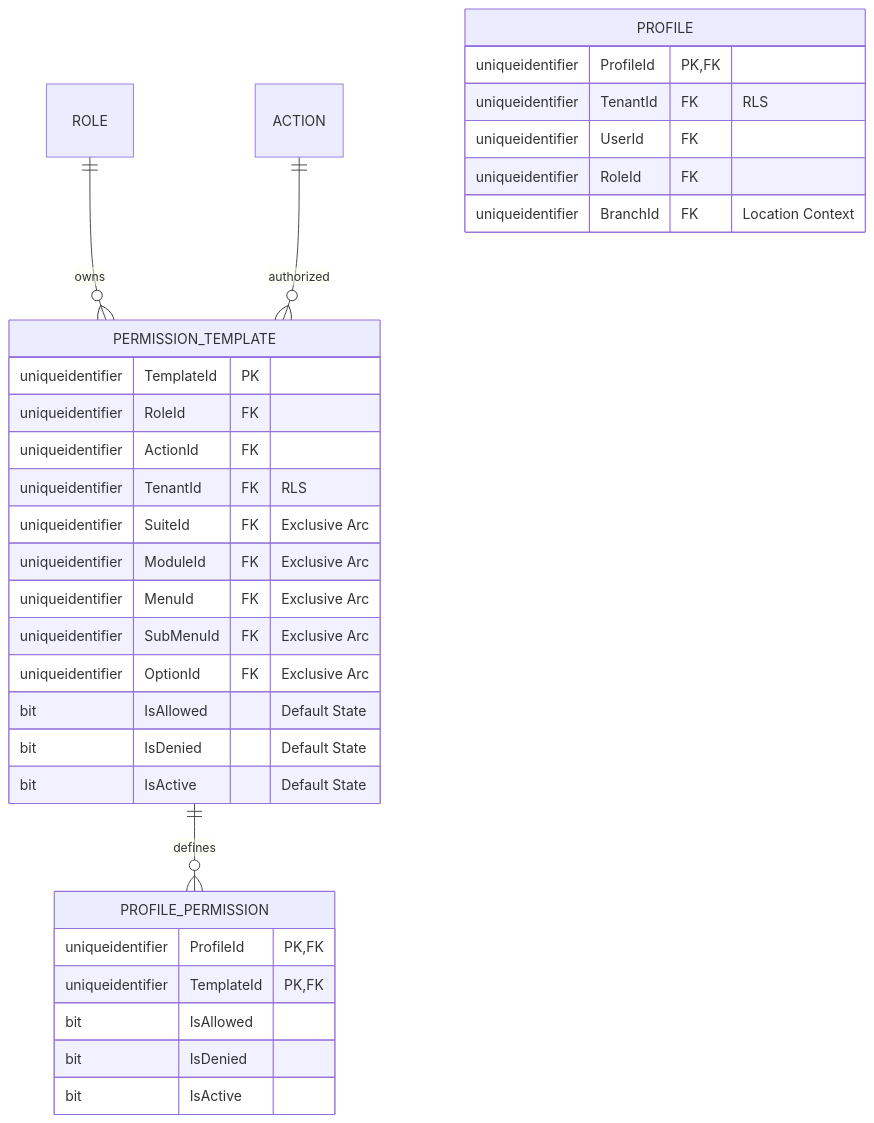
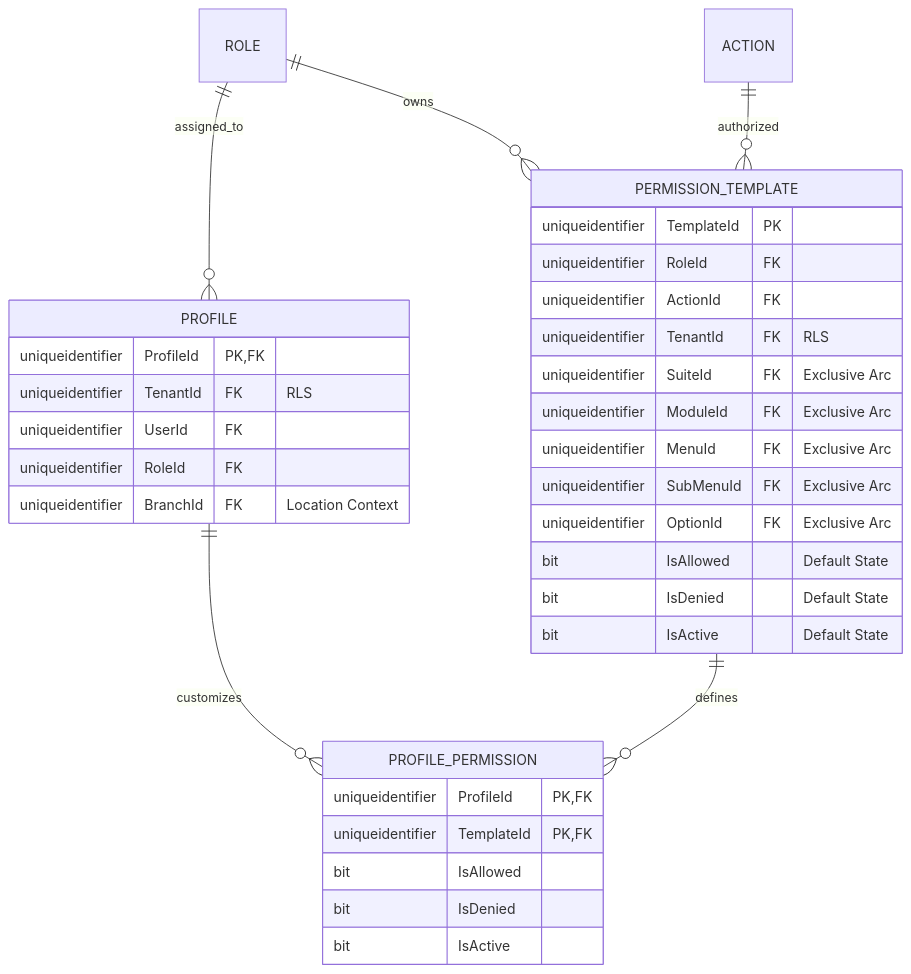
The second of 4 diagrams in docs/architecture/blueprints/database-design-er.md (beyondnetcode/ums), drawn with Mermaid before and after one commit. The commit also changed other lines of this file and 1 other file, not shown here.

Commit message:
docs: restore missing PROFILE relationships in English and Spanish E/R diagrams

````diff
--- a/docs/architecture/blueprints/database-design-er.md
+++ b/docs/architecture/blueprints/database-design-er.md
@@ -68,37 +71,39 @@
 ```mermaid
 erDiagram
     ROLE ||--o{ PERMISSION_TEMPLATE : "owns"
+    ROLE ||--o{ PROFILE : "assigned_to"
+    PROFILE ||--o{ PROFILE_PERMISSION : "customizes"
     PERMISSION_TEMPLATE ||--o{ PROFILE_PERMISSION : "defines"
     ACTION ||--o{ PERMISSION_TEMPLATE : "authorized"
     
     PERMISSION_TEMPLATE {
         uniqueidentifier TemplateId PK
         uniqueidentifier RoleId FK
         uniqueidentifier ActionId FK
         uniqueidentifier TenantId FK "RLS"
         uniqueidentifier SuiteId FK "Exclusive Arc"
         uniqueidentifier ModuleId FK "Exclusive Arc"
         uniqueidentifier MenuId FK "Exclusive Arc"
         uniqueidentifier SubMenuId FK "Exclusive Arc"
         uniqueidentifier OptionId FK "Exclusive Arc"
         bit IsAllowed "Default State"
         bit IsDenied "Default State"
         bit IsActive "Default State"
     }
     
     PROFILE {
         uniqueidentifier ProfileId PK, FK
         uniqueidentifier TenantId FK "RLS"
         uniqueidentifier UserId FK
         uniqueidentifier RoleId FK
         uniqueidentifier BranchId FK "Location Context"
     }
     
     PROFILE_PERMISSION {
         uniqueidentifier ProfileId PK, FK
         uniqueidentifier TemplateId PK, FK
         bit IsAllowed
         bit IsDenied
         bit IsActive
     }
 ```
````
